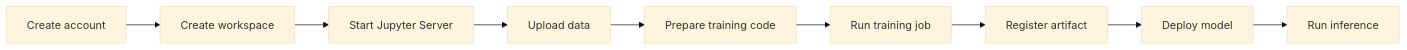
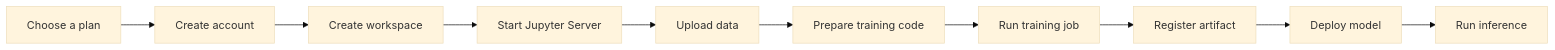
The diagram in DOCS/getting_started/index.md (AnnaSemenec/neurostack-docs), drawn with Mermaid (base theme) before and after one commit. The commit also changed other lines of this file and 2 other files, not shown here.

Commit message:
priduct decisions, getting started/index, getting started/create account: replaced billing account with account, billing setup, billing status to align with the updated product terminology

````diff
--- a/DOCS/getting_started/index.md
+++ b/DOCS/getting_started/index.md
@@ -18,11 +19,12 @@
 ```mermaid
 graph LR
-    A[Create account] --> B[Create workspace]
-    B --> C[Start Jupyter Server]
-    C --> D[Upload data]
-    D --> E[Prepare training code]
-    E --> F[Run training job]
-    F --> G[Register artifact]
-    G --> H[Deploy model]
-    H --> I[Run inference]
+    A[Choose a plan] --> B[Create account]
+    B --> C[Create workspace]
+    C --> D[Start Jupyter Server]
+    D --> E[Upload data]
+    E --> F[Prepare training code]
+    F --> G[Run training job]
+    G --> H[Register artifact]
+    H --> I[Deploy model]
+    I --> J[Run inference]
 ```
````
